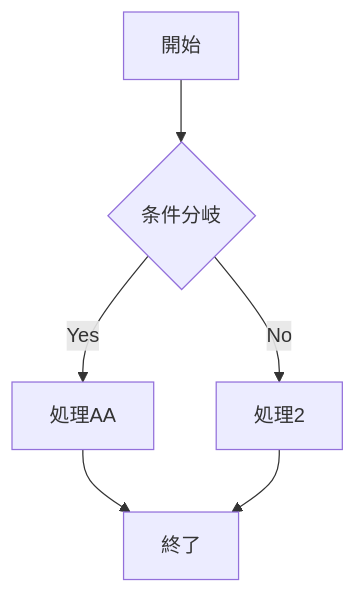
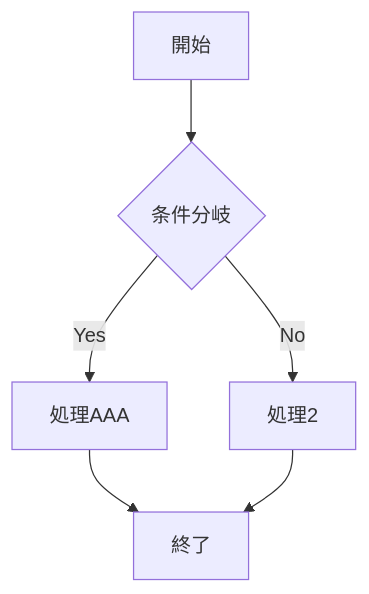
Before and after one commit to sokokoko-git/mermaid-flows: the diagram in docs/flows/example.mmd, drawn with Mermaid.

```diff
--- a/docs/flows/example.mmd
+++ b/docs/flows/example.mmd
@@ -1,6 +1,6 @@
 flowchart TD
     A[開始] --> B{条件分岐}
-    B -->|Yes| C[処理AA]
+    B -->|Yes| C[処理AAA]
     B -->|No| D[処理2]
     C --> E[終了]
     D --> E
```
